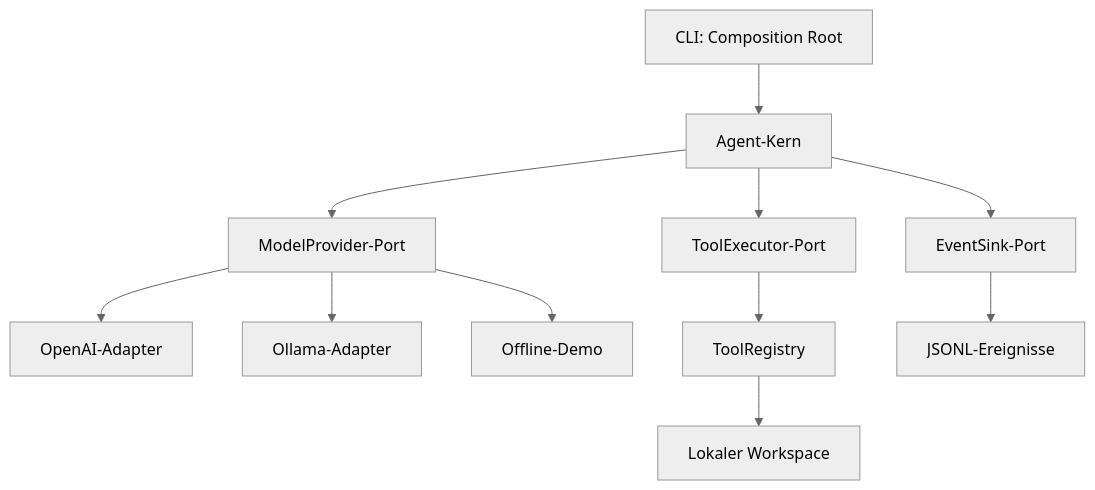
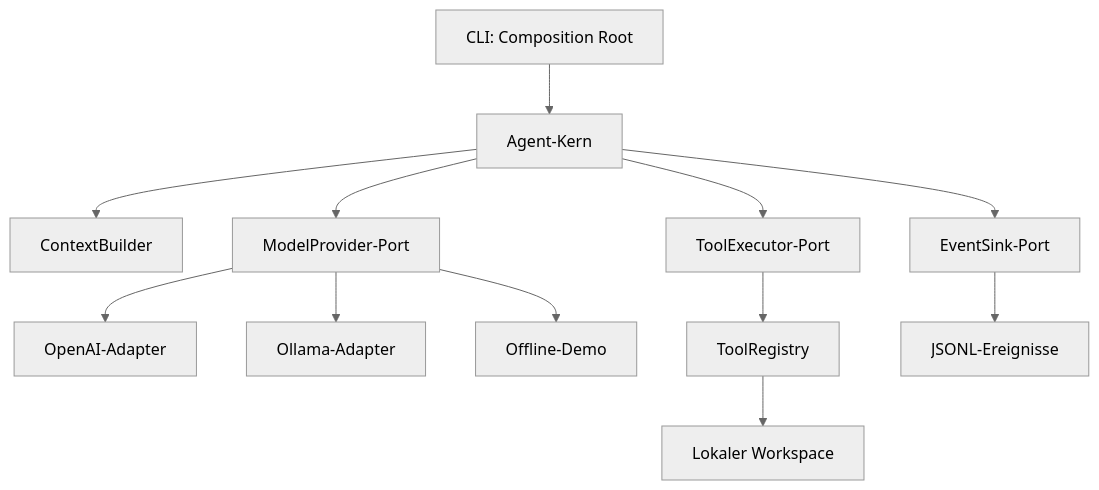
One commit to mtirtasana/ai-coding-agent changed the diagram in README.md. Above: the diagram before and after it, drawn with Mermaid (neutral theme). The commit also changed other lines of this file and 12 other files, not shown here.

````diff
--- a/README.md
+++ b/README.md
@@ -53,13 +54,14 @@
 ```mermaid
 flowchart TD
     CLI[CLI: Composition Root] --> Agent[Agent-Kern]
+    Agent --> Context[ContextBuilder]
     Agent --> Model[ModelProvider-Port]
     Model --> OpenAI[OpenAI-Adapter]
     Model --> Ollama[Ollama-Adapter]
     Model --> Demo[Offline-Demo]
     Agent --> Tools[ToolExecutor-Port]
     Tools --> Registry[ToolRegistry]
     Registry --> Workspace[Lokaler Workspace]
     Agent --> Events[EventSink-Port]
     Events --> JSONL[JSONL-Ereignisse]
 ```
````
